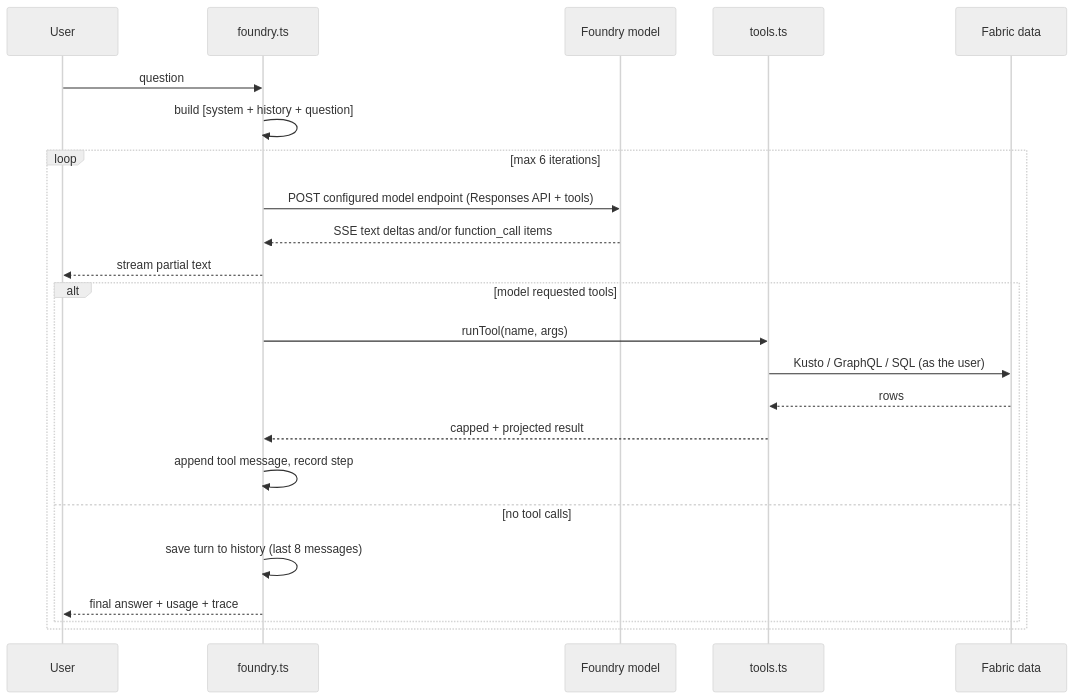
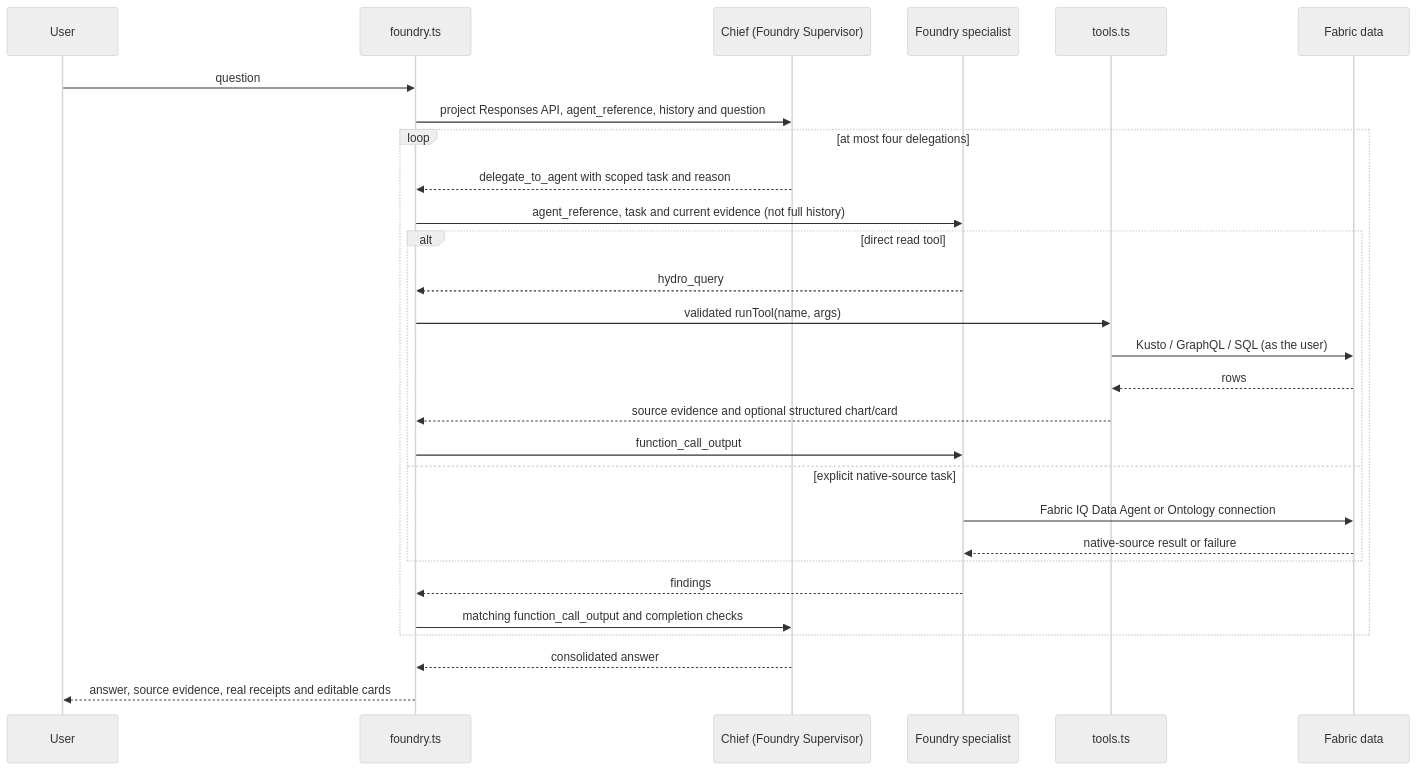
The second of 2 diagrams in docs/foundry-copilot.md (dibakardharchoudhury/FabricIQAppsDEMO), drawn with Mermaid (neutral theme) before and after one commit. The commit also changed other lines of this file and 12 other files, not shown here.

First line of the commit message:
fix: preserve scoped agent outcomes and native failures

````diff
--- a/docs/foundry-copilot.md
+++ b/docs/foundry-copilot.md
@@ -209,26 +217,31 @@
 ```mermaid
 sequenceDiagram
   participant U as User
   participant A as foundry.ts
-  participant M as Foundry model
+  participant M as Chief (Foundry Supervisor)
+  participant S as Foundry specialist
   participant T as tools.ts
   participant D as Fabric data
 
   U->>A: question
-  A->>A: build [system + history + question]
-  loop max 6 iterations
-    A->>M: POST configured model endpoint (Responses API + tools)
-    M-->>A: SSE text deltas and/or function_call items
-    A-->>U: stream partial text
-    alt model requested tools
-      A->>T: runTool(name, args)
+  A->>M: project Responses API, agent_reference, history and question
+  loop at most four delegations
+    M-->>A: delegate_to_agent with scoped task and reason
+    A->>S: agent_reference, task and current evidence (not full history)
+    alt direct read tool
+      S-->>A: hydro_query
+      A->>T: validated runTool(name, args)
       T->>D: Kusto / GraphQL / SQL (as the user)
       D-->>T: rows
-      T-->>A: capped + projected result
-      A->>A: append tool message, record step
-    else no tool calls
-      A->>A: save turn to history (last 8 messages)
-      A-->>U: final answer + usage + trace
+      T-->>A: source evidence and optional structured chart/card
+      A->>S: function_call_output
+    else explicit native-source task
+      S->>D: Fabric IQ Data Agent or Ontology connection
+      D-->>S: native-source result or failure
     end
+    S-->>A: findings
+    A->>M: matching function_call_output and completion checks
   end
+  M-->>A: consolidated answer
+  A-->>U: answer, source evidence, real receipts and editable cards
 ```
````
